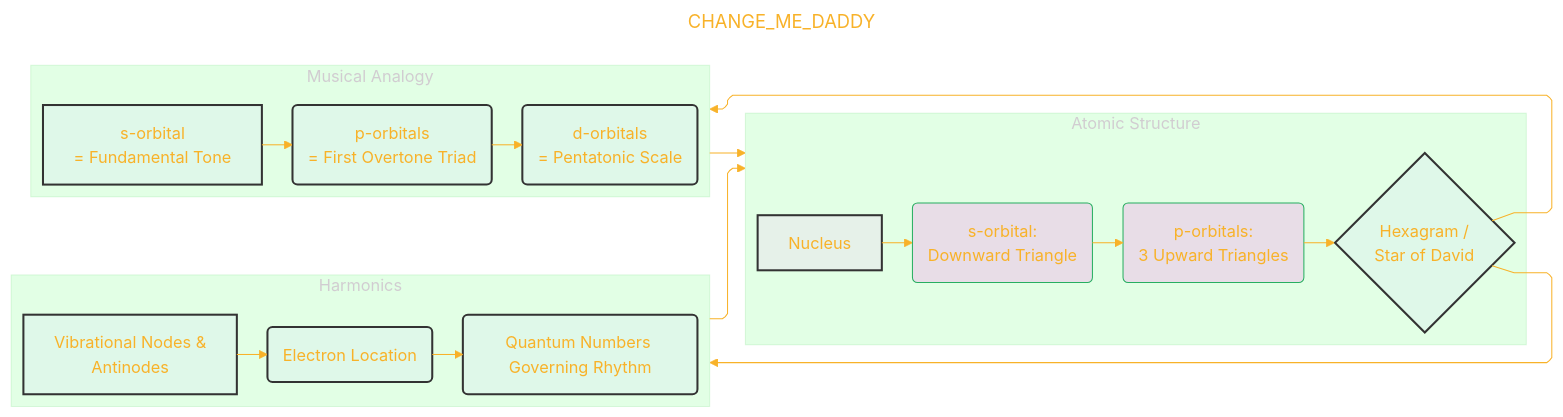
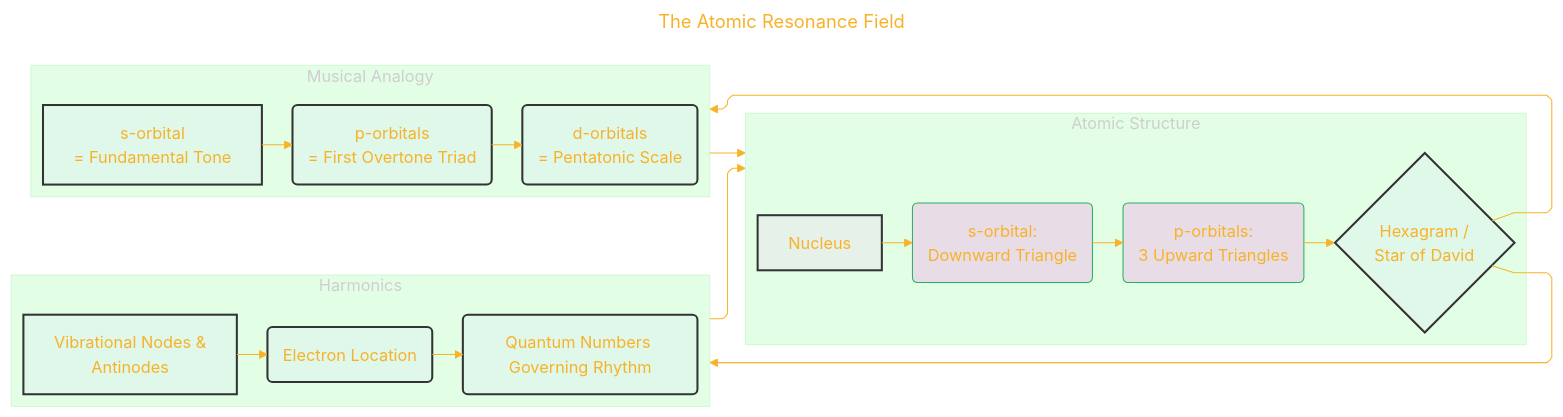
One commit to CongLeSolutionX/Harmonic_Atomica changed the first of 6 diagrams in Quantum_Harmonic_Atomic_Model/Quantum_Harmonic_Atomic_Model_Draft_9.md. Above: the diagram before and after it, drawn with Mermaid. The commit also changed other lines of this file, not shown here.

````diff
--- a/Quantum_Harmonic_Atomic_Model/Quantum_Harmonic_Atomic_Model_Draft_9.md
+++ b/Quantum_Harmonic_Atomic_Model/Quantum_Harmonic_Atomic_Model_Draft_9.md
@@ -55,65 +55,65 @@
 ```mermaid
 ---
-title: "CHANGE_ME_DADDY"
+title: "The Atomic Resonance Field"
 author: "Cong Le"
 version: "1.0"
 license(s): "MIT, CC BY 4.0"
 copyright: "Copyright (c) 2025 Cong Le. All Rights Reserved."
 config:
   layout: elk
   theme: base
 ---
 %%%%%%%% Mermaid version v11.4.1-b.14
 %%%%%%%% Available curve styles include the following keywords:
 %% basis, bumpX, bumpY, cardinal, catmullRom, linear, monotoneX, monotoneY, natural, step, stepAfter, stepBefore.
 %%{
   init: {
     'flowchart': { 'htmlLabels': false, 'curve': 'linear' },
     'fontFamily': 'Monaco',
     'themeVariables': {
       'primaryColor': '#F5E3',
       'primaryTextColor': '#F8B229',
       'lineColor': '#F8B229',
       'primaryBorderColor': '#27AE60',
       'secondaryColor': '#EBDEF0',
       'secondaryTextColor': '#6C3483',
       'secondaryBorderColor': '#A569BD'
     }
   }
 }%%
 flowchart LR
     subgraph Atomic_Structure["Atomic Structure"]
 	    A["Nucleus"] --> B("s-orbital:<br/> Downward Triangle")
 	    B --> C("p-orbitals:<br/> 3 Upward Triangles")
 	    C --> D{"Hexagram /<br/> Star of David"}
     
     end
     
     subgraph Harmonics["Harmonics"]
 	    E["Vibrational Nodes &<br/> Antinodes"] --> F("Electron Location")
 	    F --> G("Quantum Numbers Governing Rhythm")
     end
 
 
     subgraph Musical_Analogy["Musical Analogy"]
 	    I["s-orbital <br/>= Fundamental Tone"] --> J("p-orbitals <br/>= First Overtone Triad")
     J --> K("d-orbitals <br/>= Pentatonic Scale")
     
     end
     
     D --> Harmonics
     D --> Musical_Analogy
     Harmonics --> Atomic_Structure
     Musical_Analogy --> Atomic_Structure
 
 
 	style A fill:#f9f2,stroke:#333,stroke-width:2px
 	style D fill:#ccf2,stroke:#333,stroke-width:2px
 	
 	classDef Elements fill:#ccf2,stroke:#333,stroke-width:2px
 	class I,J,K Elements
 
 	classDef Components fill:#ccf2,stroke:#333,stroke-width:2px
 	class E,F,G Components
 
 ```
````
